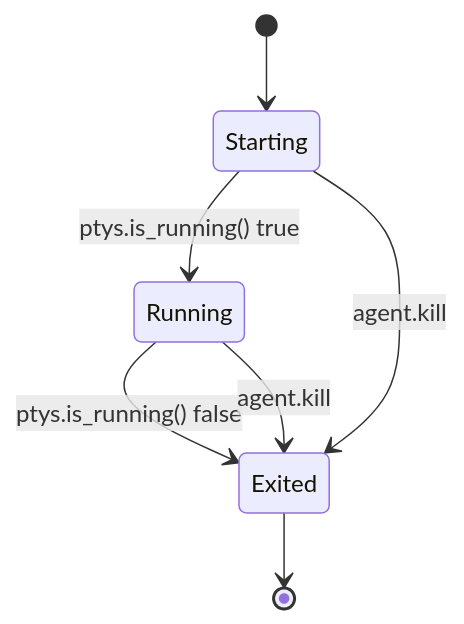
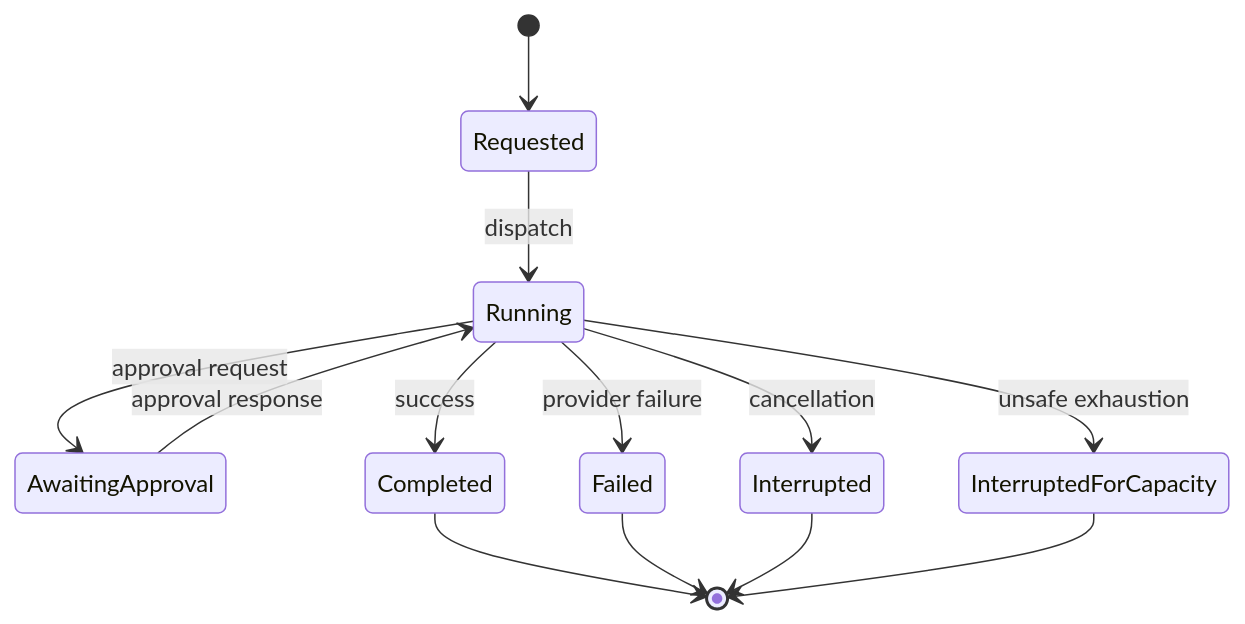
Before and after one commit to BoardPandas/Pandamux: the first of 2 diagrams in docs/features/AGENT_ORCHESTRATION.md, drawn with Mermaid. The commit also changed other lines of this file and 25 other files, not shown here.

First line of the commit message:
docs: rebuild current architecture wiki

````diff
--- a/docs/features/AGENT_ORCHESTRATION.md
+++ b/docs/features/AGENT_ORCHESTRATION.md
@@ -66,9 +31,15 @@
 ```mermaid
 stateDiagram-v2
-    [*] --> Starting
-    Starting --> Running : ptys.is_running() true
-    Running --> Exited : ptys.is_running() false
-    Starting --> Exited : agent.kill
-    Running --> Exited : agent.kill
-    Exited --> [*]
+    [*] --> Requested
+    Requested --> Running : dispatch
+    Running --> AwaitingApproval : approval request
+    AwaitingApproval --> Running : approval response
+    Running --> Completed : success
+    Running --> Failed : provider failure
+    Running --> Interrupted : cancellation
+    Running --> InterruptedForCapacity : unsafe exhaustion
+    Completed --> [*]
+    Failed --> [*]
+    Interrupted --> [*]
+    InterruptedForCapacity --> [*]
 ```
````
